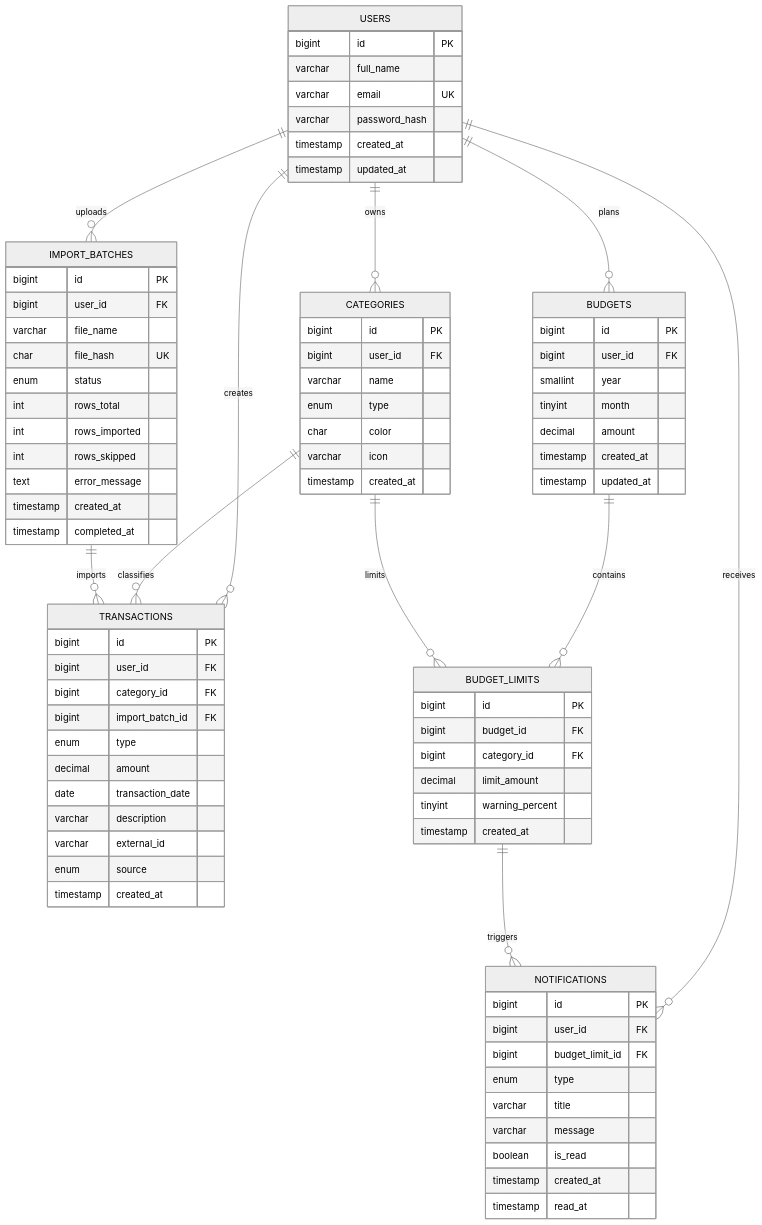
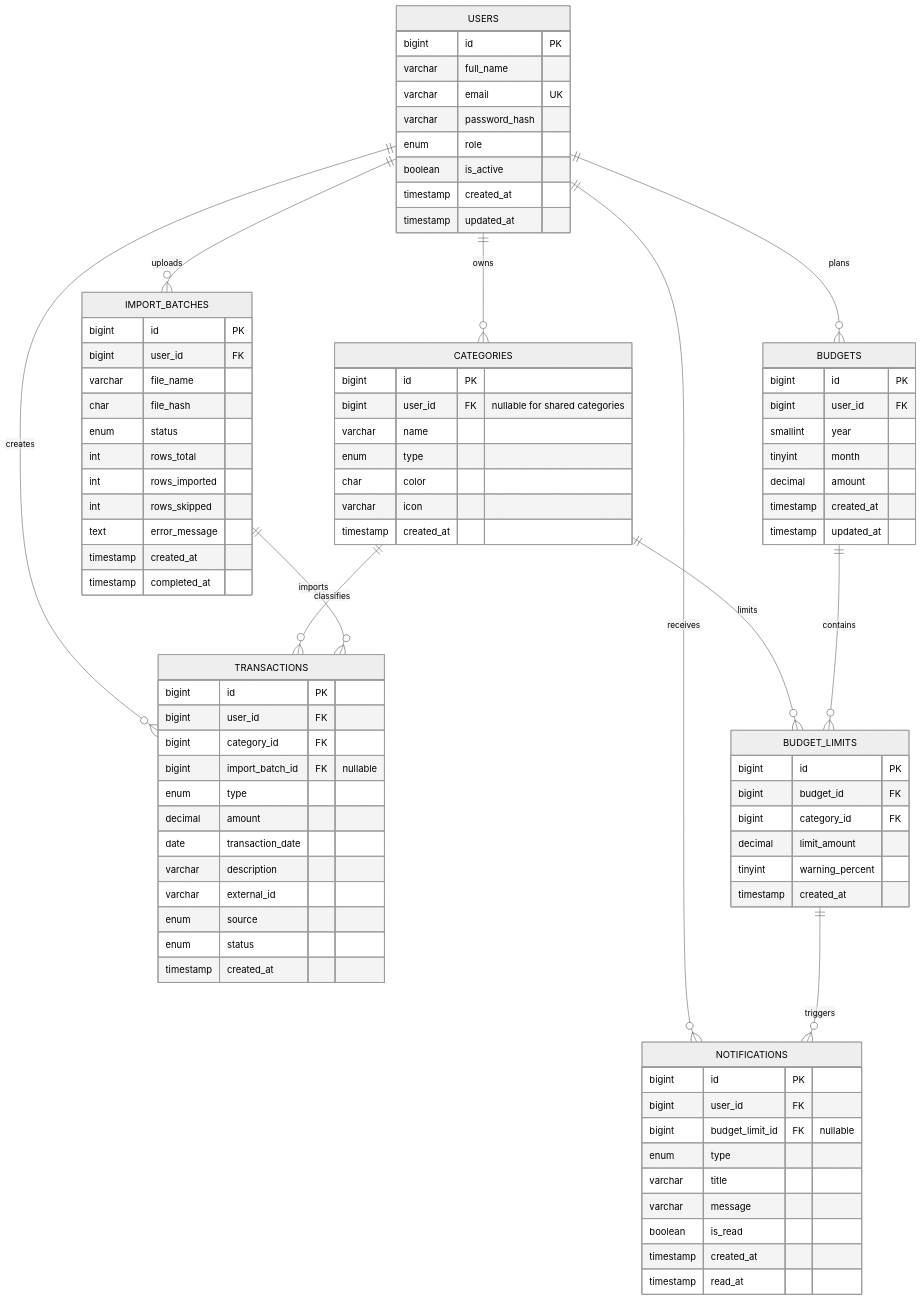
One commit to Egor-Sabanov/Finance-2 changed the diagram in ER/finance_app_ER.mmd. Above: the diagram before and after it, drawn with Mermaid (neutral theme). The commit also changed 26 other files, not shown here.

```diff
--- a/ER/finance_app_ER.mmd
+++ b/ER/finance_app_ER.mmd
@@ -1,83 +1,91 @@
 erDiagram
     USERS ||--o{ CATEGORIES : owns
     USERS ||--o{ TRANSACTIONS : creates
     USERS ||--o{ IMPORT_BATCHES : uploads
     USERS ||--o{ BUDGETS : plans
-    BUDGETS ||--o{ BUDGET_LIMITS : contains
+    USERS ||--o{ NOTIFICATIONS : receives
     CATEGORIES ||--o{ TRANSACTIONS : classifies
     CATEGORIES ||--o{ BUDGET_LIMITS : limits
     IMPORT_BATCHES ||--o{ TRANSACTIONS : imports
-    USERS ||--o{ NOTIFICATIONS : receives
+    BUDGETS ||--o{ BUDGET_LIMITS : contains
     BUDGET_LIMITS ||--o{ NOTIFICATIONS : triggers
 
     USERS {
         bigint id PK
         varchar full_name
         varchar email UK
         varchar password_hash
+        enum role
+        boolean is_active
         timestamp created_at
         timestamp updated_at
     }
     CATEGORIES {
         bigint id PK
-        bigint user_id FK
+        bigint user_id FK "nullable for shared categories"
         varchar name
         enum type
         char color
         varchar icon
         timestamp created_at
     }
     TRANSACTIONS {
         bigint id PK
         bigint user_id FK
         bigint category_id FK
-        bigint import_batch_id FK
+        bigint import_batch_id FK "nullable"
         enum type
         decimal amount
         date transaction_date
         varchar description
         varchar external_id
         enum source
+        enum status
         timestamp created_at
     }
     IMPORT_BATCHES {
         bigint id PK
         bigint user_id FK
         varchar file_name
-        char file_hash UK
+        char file_hash
         enum status
         int rows_total
         int rows_imported
         int rows_skipped
         text error_message
         timestamp created_at
         timestamp completed_at
     }
     BUDGETS {
         bigint id PK
         bigint user_id FK
         smallint year
         tinyint month
         decimal amount
         timestamp created_at
         timestamp updated_at
     }
     BUDGET_LIMITS {
         bigint id PK
         bigint budget_id FK
         bigint category_id FK
         decimal limit_amount
         tinyint warning_percent
         timestamp created_at
     }
     NOTIFICATIONS {
         bigint id PK
         bigint user_id FK
-        bigint budget_limit_id FK
+        bigint budget_limit_id FK "nullable"
         enum type
         varchar title
         varchar message
         boolean is_read
         timestamp created_at
         timestamp read_at
     }
+
+%% Composite transaction indexes:
+%% (user_id, transaction_date, id)
+%% (user_id, status, type, transaction_date, amount)
+%% (user_id, category_id, status, type, transaction_date, amount)
```
